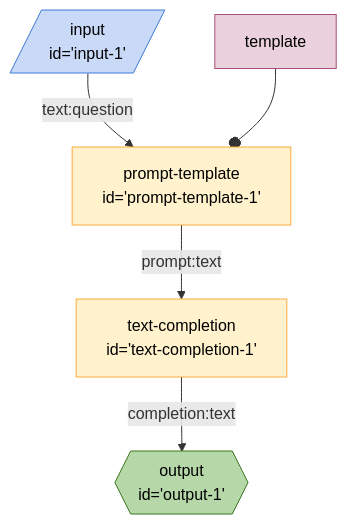
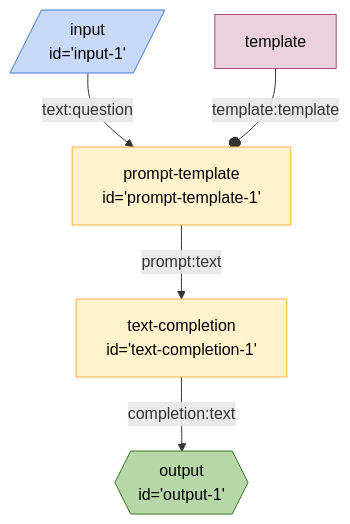
Before and after one commit to breadboard-ai/breadboard: the diagram in seeds/graph-playground/docs/graphs/simple-prompt.md, drawn with Mermaid. The commit also changed 13 other files, not shown here.

Commit message:
[graph] Add proper edge markers for constants.

````diff
--- a/seeds/graph-playground/docs/graphs/simple-prompt.md
+++ b/seeds/graph-playground/docs/graphs/simple-prompt.md
@@ -4,21 +4,21 @@
 ```mermaid
 %%{init: 'themeVariables': { 'fontFamily': 'Fira Code, monospace' }}%%
 graph TD;
 input1[/"input
 id='input-1'"/]:::input -- text:question --> prompttemplate1["prompt-template
 id='prompt-template-1'"]
 prompttemplate1["prompt-template
 id='prompt-template-1'"] -- prompt:text --> textcompletion1["text-completion
 id='text-completion-1'"]
 textcompletion1["text-completion
 id='text-completion-1'"] -- completion:text --> output1{{"output
 id='output-1'"}}:::output
-templateprompttemplate1[template]:::config --o prompttemplate1
+templateprompttemplate1[template]:::config -- template:template --o prompttemplate1
 classDef default stroke:#ffab40,fill:#fff2ccff,color:#000
 classDef input stroke:#3c78d8,fill:#c9daf8ff,color:#000
 classDef output stroke:#38761d,fill:#b6d7a8ff,color:#000
 classDef passthrough stroke:#a64d79,fill:#ead1dcff,color:#000
 classDef slot stroke:#a64d79,fill:#ead1dcff,color:#000
 classDef config stroke:#a64d79,fill:#ead1dcff,color:#000
 classDef slotted stroke:#a64d79
 ```
````
